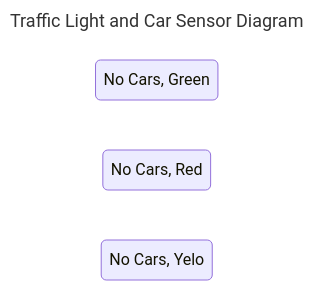
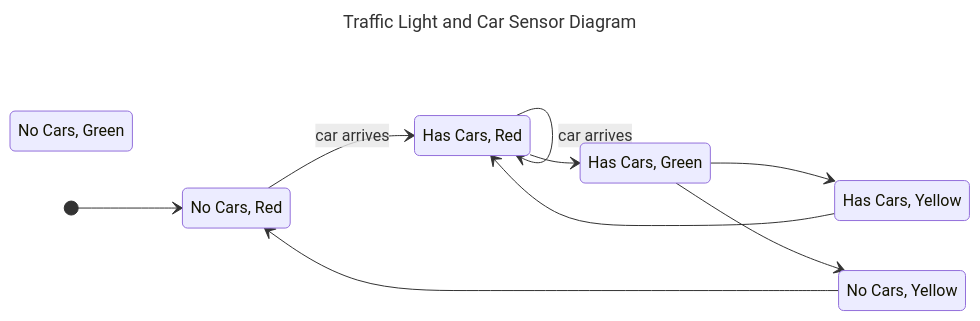
One commit to VinayakFia/Obsidian changed the third of 5 diagrams in COMP3153/System Model - Vinayak Fialok.md. Above: the diagram before and after it, drawn with Mermaid. The commit also changed other lines of this file, not shown here.

Commit message:
vault backup: 2024-09-17 21:12:54

````diff
--- a/COMP3153/System Model - Vinayak Fialok.md
+++ b/COMP3153/System Model - Vinayak Fialok.md
@@ -45,10 +46,21 @@
 ```mermaid
 ---
 title: Traffic Light and Car Sensor Diagram
 ---
 stateDiagram-v2
 	direction LR
 	ng: No Cars, Green
 	nr: No Cars, Red
-	ny: No Cars, Yelo
+	ny: No Cars, Yellow
+	hg: Has Cars, Green
+	hr: Has Cars, Red
+	hy: Has Cars, Yellow
+	[*] --> nr
+	nr --> hr : car arrives
+	hr --> hr : car arrives
+	hr --> hg
+	hg --> hy
+	hg --> ny
+	ny --> nr
+	hy --> hr
 ```
````
